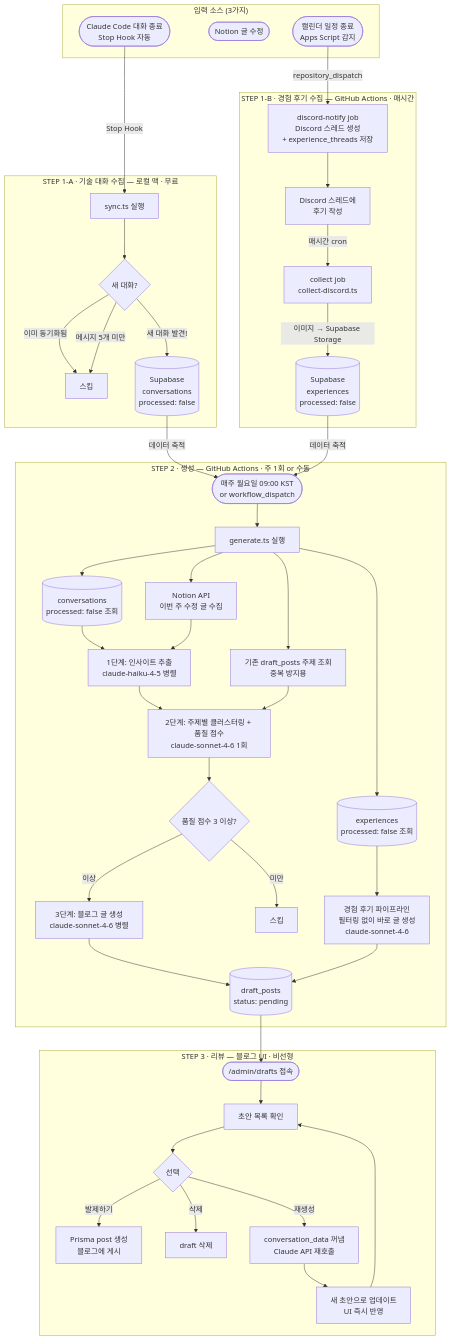
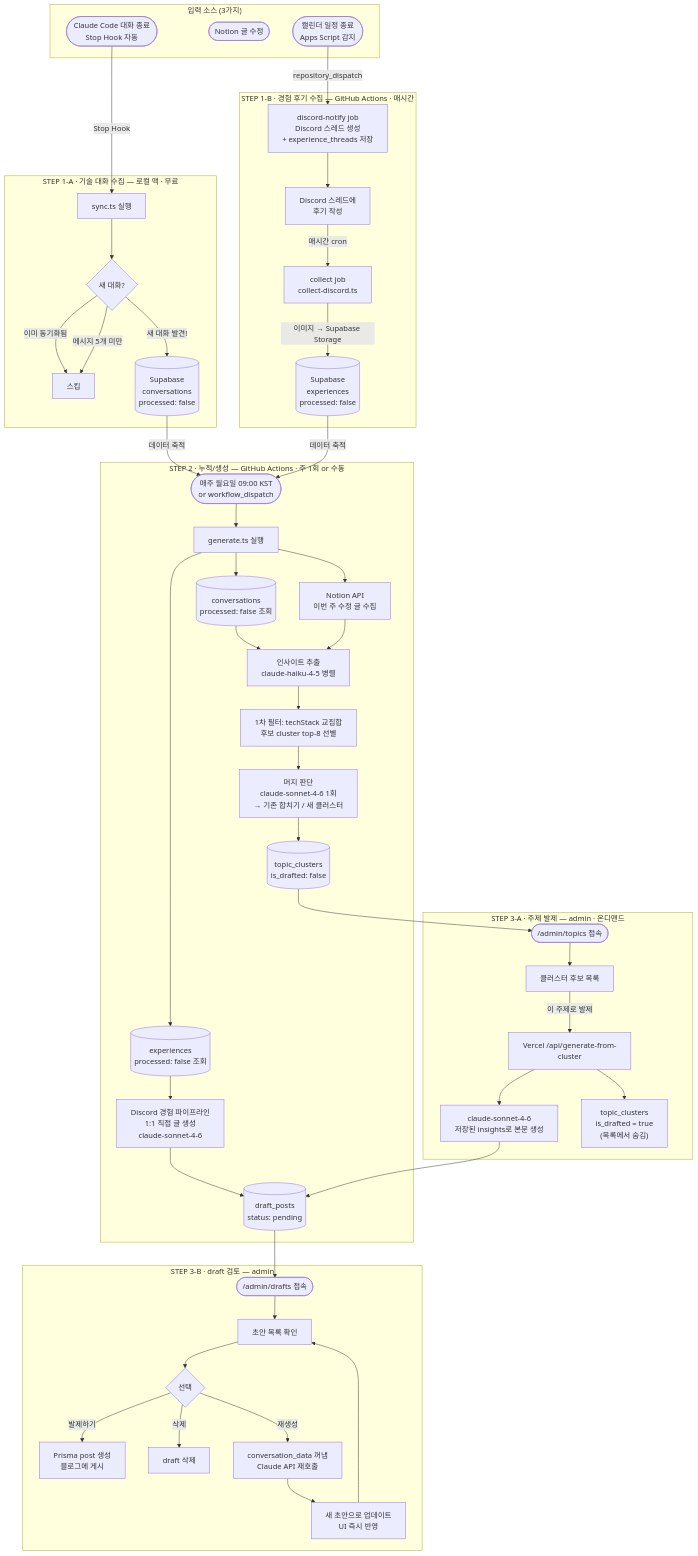
One commit to hov-i/auto-blog-posting changed the first of 7 diagrams in README.md. Above: the diagram before and after it, drawn with Mermaid. The commit also changed other lines of this file and 10 other files, not shown here.

Commit message:
fix: 블로그 자동화 파이프라인 수정

````diff
--- a/README.md
+++ b/README.md
@@ -9,59 +14,66 @@
 ```mermaid
 flowchart TD
     subgraph SOURCE["입력 소스 (3가지)"]
         S1([Claude Code 대화 종료\nStop Hook 자동])
         S2([Notion 글 수정])
         S3([캘린더 일정 종료\nApps Script 감지])
     end
 
     subgraph STEP1A["STEP 1-A · 기술 대화 수집 — 로컬 맥 · 무료"]
         S1 -->|Stop Hook| B[sync.ts 실행]
         B --> C{새 대화?}
         C -->|이미 동기화됨| D[스킵]
         C -->|메시지 5개 미만| D
         C -->|새 대화 발견!| E[(Supabase\nconversations\nprocessed: false)]
     end
 
     subgraph STEP1B["STEP 1-B · 경험 후기 수집 — GitHub Actions · 매시간"]
         S3 -->|repository_dispatch| GH1[discord-notify job\n Discord 스레드 생성\n + experience_threads 저장]
         GH1 --> DC[Discord 스레드에\n후기 작성]
         DC -->|매시간 cron| GH2[collect job\ncollect-discord.ts]
         GH2 -->|이미지 → Supabase Storage| EX[(Supabase\nexperiences\nprocessed: false)]
     end
 
     E -->|데이터 축적| F
     EX -->|데이터 축적| F
 
-    subgraph STEP2["STEP 2 · 생성 — GitHub Actions · 주 1회 or 수동"]
+    subgraph STEP2["STEP 2 · 누적/생성 — GitHub Actions · 주 1회 or 수동"]
         F([매주 월요일 09:00 KST\nor workflow_dispatch])
         F --> G[generate.ts 실행]
-        G --> G1[기존 draft_posts 주제 조회\n중복 방지용]
         G --> H[(conversations\nprocessed: false 조회)]
         G --> I[Notion API\n이번 주 수정 글 수집]
         G --> EXQ[(experiences\nprocessed: false 조회)]
 
-        EXQ --> EXPIPE["경험 후기 파이프라인\n필터링 없이 바로 글 생성\nclaude-sonnet-4-6"]
-        H --> J["1단계: 인사이트 추출\nclaude-haiku-4-5 병렬"]
+        EXQ --> EXPIPE["Discord 경험 파이프라인\n1:1 직접 글 생성\nclaude-sonnet-4-6"]
+        EXPIPE --> M[(draft_posts\nstatus: pending)]
+
+        H --> J["인사이트 추출\nclaude-haiku-4-5 병렬"]
         I --> J
-        J --> K["2단계: 주제별 클러스터링 + 품질 점수\nclaude-sonnet-4-6 1회"]
-        G1 --> K
-        K --> K2{품질 점수 3 이상?}
-        K2 -->|미만| D2[스킵]
-        K2 -->|이상| L["3단계: 블로그 글 생성\nclaude-sonnet-4-6 병렬"]
-        L --> M[(draft_posts\nstatus: pending)]
-        EXPIPE --> M
+        J --> PF["1차 필터: techStack 교집합\n후보 cluster top-8 선별"]
+        PF --> MERGE["머지 판단\nclaude-sonnet-4-6 1회\n→ 기존 합치기 / 새 클러스터"]
+        MERGE --> TC[(topic_clusters\nis_drafted: false)]
     end
 
+    TC --> ADM
     M --> O
 
-    subgraph STEP3["STEP 3 · 리뷰 — 블로그 UI · 비선형"]
+    subgraph STEP3A["STEP 3-A · 주제 발제 — admin · 온디맨드"]
+        ADM([/admin/topics 접속])
+        ADM --> ADM1[클러스터 후보 목록]
+        ADM1 -->|"이 주제로 발제"| API[Vercel /api/generate-from-cluster]
+        API --> GEN["claude-sonnet-4-6\n저장된 insights로 본문 생성"]
+        GEN --> M
+        API --> TCU["topic_clusters\nis_drafted = true\n(목록에서 숨김)"]
+    end
+
+    subgraph STEP3B["STEP 3-B · draft 검토 — admin"]
         O([/admin/drafts 접속])
         O --> P[초안 목록 확인]
         P --> Q{선택}
         Q -->|발제하기| R[Prisma post 생성\n블로그에 게시]
         Q -->|삭제| S[draft 삭제]
         Q -->|재생성| T[conversation_data 꺼냄\nClaude API 재호출]
         T --> U[새 초안으로 업데이트\nUI 즉시 반영]
         U --> P
     end
 ```
````
